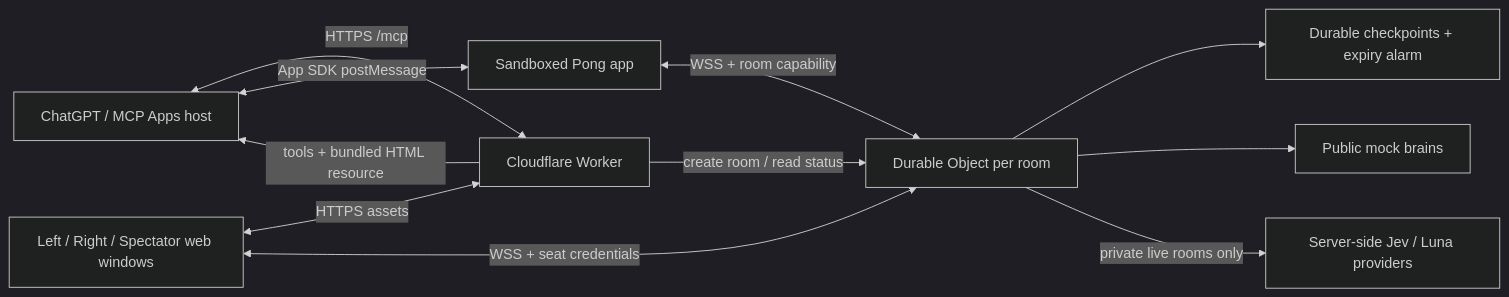
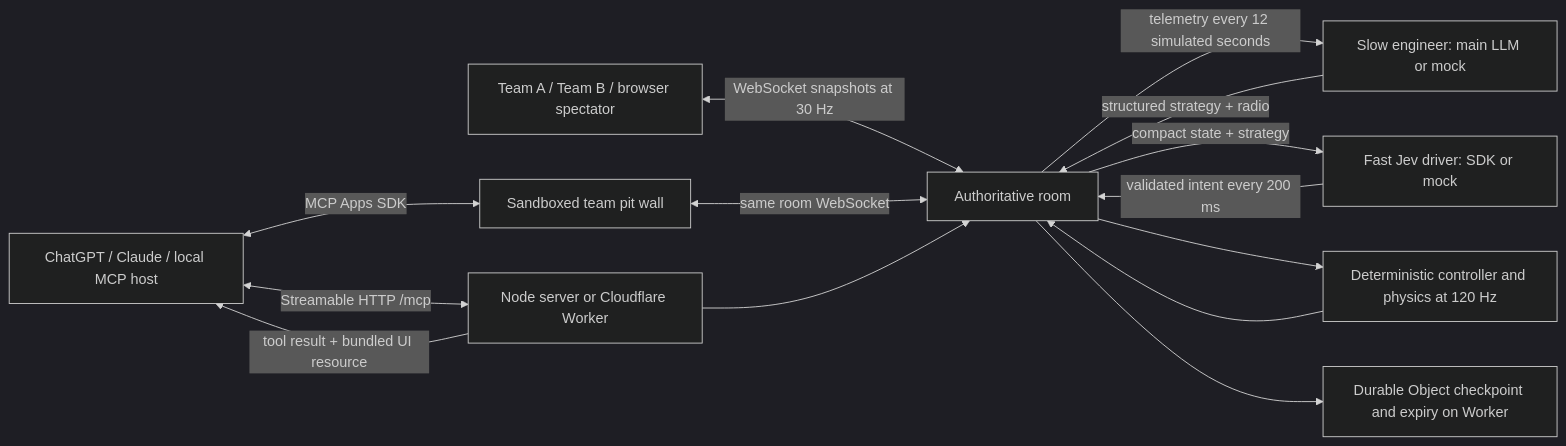
The diagram in README.md (infoxicator/mcp-events-grand-prix), drawn with Mermaid (dark theme) before and after one commit. The commit also changed other lines of this file and 20 other files, not shown here.

Commit message:
M5: recording-ready cameras, broadcast graphics, replay and verified demo

````diff
--- a/README.md
+++ b/README.md
@@ -52,13 +94,16 @@
 ```mermaid
 flowchart LR
-  C[ChatGPT / MCP Apps host] <-->|HTTPS /mcp| W[Cloudflare Worker]
-  W -->|tools + bundled HTML resource| C
-  C <-->|App SDK postMessage| A[Sandboxed Pong app]
-  B[Left / Right / Spectator web windows] <-->|HTTPS assets| W
-  A <-->|WSS + room capability| D[Durable Object per room]
-  B <-->|WSS + seat credentials| D
-  W -->|create room / read status| D
-  D --> S[Durable checkpoints + expiry alarm]
-  D --> M[Public mock brains]
-  D -->|private live rooms only| P[Server-side Jev / Luna providers]
+    H[ChatGPT / Claude / local MCP host] <-->|Streamable HTTP /mcp| S[Node server or Cloudflare Worker]
+    S -->|tool result + bundled UI resource| H
+    H <-->|MCP Apps SDK| A[Sandboxed team pit wall]
+    W[Team A / Team B / browser spectator] <-->|WebSocket snapshots at 30 Hz| R[Authoritative room]
+    A <-->|same room WebSocket| R
+    S --> R
+    R -->|telemetry every 12 simulated seconds| E[Slow engineer: main LLM or mock]
+    E -->|structured strategy + radio| R
+    R -->|compact state + strategy| J[Fast Jev driver: SDK or mock]
+    J -->|validated intent every 200 ms| R
+    R --> P[Deterministic controller and physics at 120 Hz]
+    P --> R
+    R --> D[Durable Object checkpoint and expiry on Worker]
 ```
````
